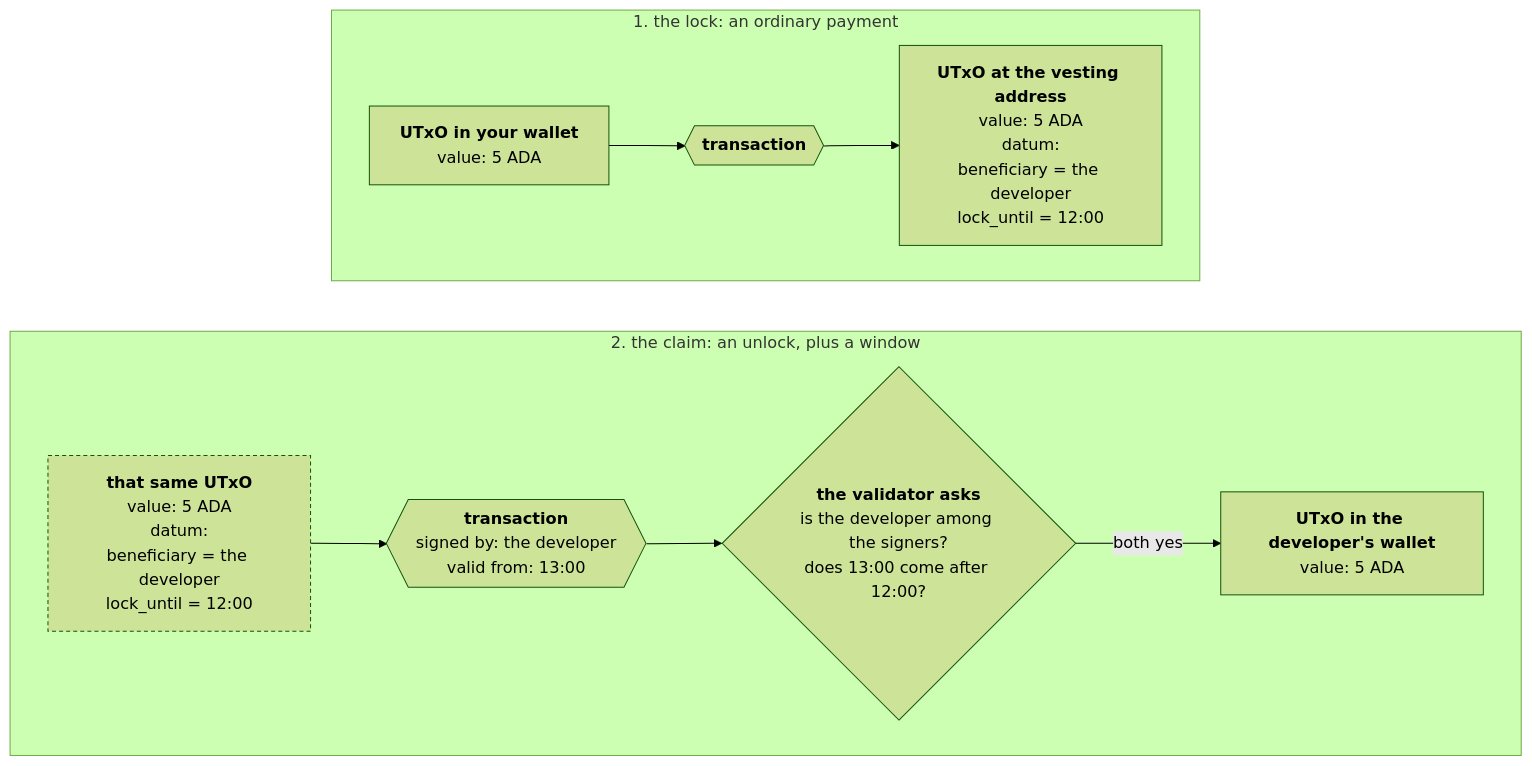
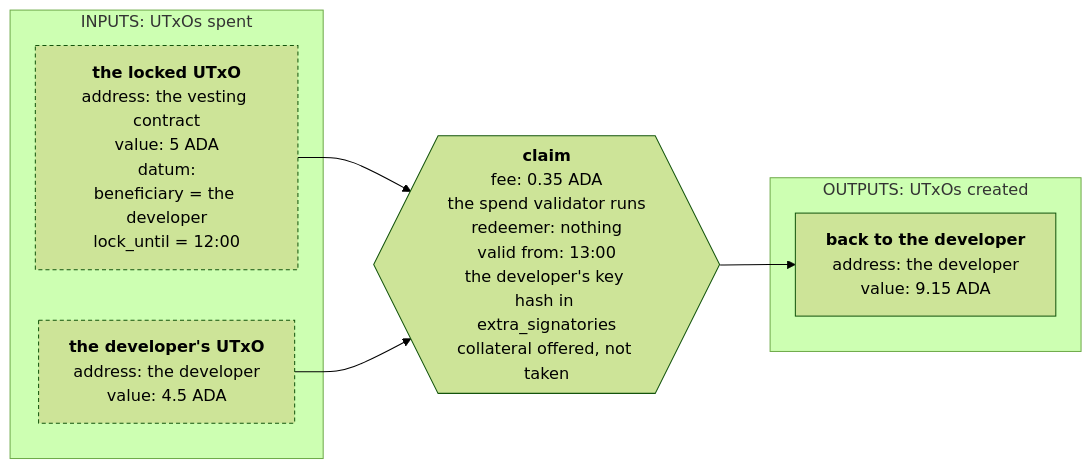
The third of 3 diagrams in docs/developers/onboarding/lectures/intermediate/10-handling-time.md (cardano-foundation/developer-portal), drawn with Mermaid (forest theme) before and after one commit. The commit also changed other lines of this file and 1 other file, not shown here.

Commit message:
Give lectures 10 and 11 their own projects and transaction diagrams

````diff
--- a/docs/developers/onboarding/lectures/intermediate/10-handling-time.md
+++ b/docs/developers/onboarding/lectures/intermediate/10-handling-time.md
@@ -95,33 +127,34 @@
 ```mermaid
-flowchart TB
-    subgraph LOCK["1. the lock: an ordinary payment"]
-        direction LR
-        W["`**UTxO in your wallet**
-        value: 5 ADA`"] --> T1{{"`**transaction**`"}}
-        T1 --> V["`**UTxO at the vesting address**
+flowchart LR
+    subgraph IN["INPUTS: UTxOs spent"]
+        I1["`**the locked UTxO**
+        address: the vesting contract
         value: 5 ADA
         datum:
         beneficiary = the developer
         lock_until = 12:00`"]
+        I2["`**the developer's UTxO**
+        address: the developer
+        value: 4.5 ADA`"]
     end
 
-    subgraph CLAIM["2. the claim: an unlock, plus a window"]
-        direction LR
-        V2["`**that same UTxO**
-        value: 5 ADA
-        datum:
-        beneficiary = the developer
-        lock_until = 12:00`"] --> T2{{"`**transaction**
-        signed by: the developer
-        valid from: 13:00`"}}
-        T2 --> C{"`**the validator asks**
-        is the developer among the signers?
-        does 13:00 come after 12:00?`"}
-        C -->|"both yes"| D["`**UTxO in the developer's wallet**
-        value: 5 ADA`"]
+    TX{{"`**claim**
+    fee: 0.35 ADA
+    the spend validator runs
+    redeemer: nothing
+    valid from: 13:00
+    the developer's key hash in extra_signatories
+    collateral offered, not taken`"}}
+
+    subgraph OUT["OUTPUTS: UTxOs created"]
+        O["`**back to the developer**
+        address: the developer
+        value: 9.15 ADA`"]
     end
 
-    LOCK ~~~ CLAIM
+    I1 --> TX --> O
+    I2 --> TX
 
-    style V2 stroke-dasharray:4 3
+    style I1 stroke-dasharray:4 3
+    style I2 stroke-dasharray:4 3
 ```
````
